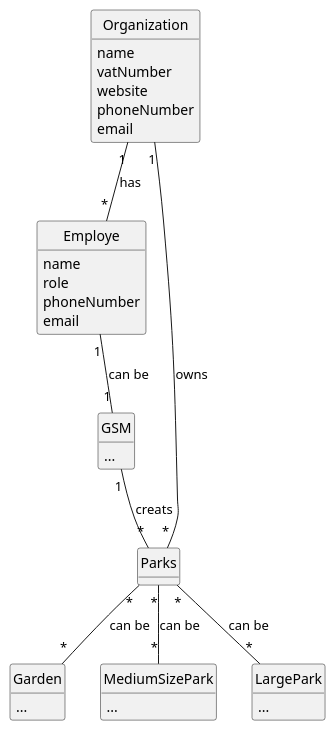
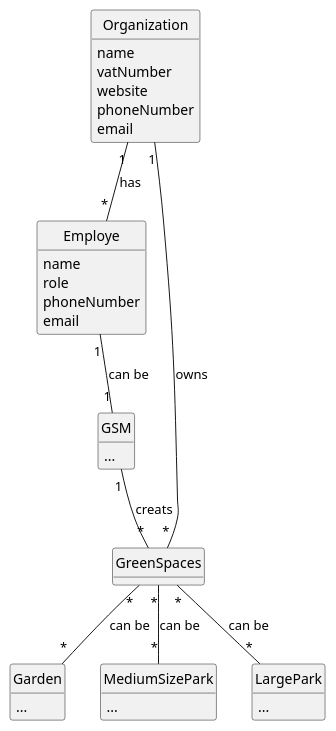
The diagram in docs/sprintC/us027/02.analysis/puml/us002-domain-model.puml (Departamento-de-Engenharia-Informatica/greenspace-management), drawn with PlantUML before and after one commit. The commit also changed 23 other files, not shown here.

```diff
--- a/docs/sprintC/us027/02.analysis/puml/us002-domain-model.puml
+++ b/docs/sprintC/us027/02.analysis/puml/us002-domain-model.puml
@@ -1,61 +1,61 @@
 @startuml
 skinparam monochrome true
 skinparam packageStyle rectangle
 skinparam shadowing false
 
 'left to right direction
 
 skinparam classAttributeIconSize 0
 
 hide circle
 hide methods
 
 'title Domain Model
 
 'class Platform {
 '  -description
 '}
 
 class Organization {
     name
     vatNumber
     website
     phoneNumber
     email
 }
 
 class Employe {
     name
     role
     phoneNumber
     email
 }
 
 class GSM {
     ...
 }
 class Garden {
     ...
 }
 
 class MediumSizePark {
     ...
 }
 
 class LargePark {
     ...
 }
 
-class Parks {
+class GreenSpaces {
 }
 
 Organization "1" -- "*" Employe : has
-Organization "1" -- "*" Parks : owns
+Organization "1" -- "*" GreenSpaces : owns
 Employe "1" -- "1" GSM : can be
-Parks "*" -- "*" Garden : can be
-Parks "*" -- "*" MediumSizePark : can be
-Parks "*" -- "*" LargePark : can be
-GSM "1" -- "*" Parks: creats
+GreenSpaces "*" -- "*" Garden : can be
+GreenSpaces "*" -- "*" MediumSizePark : can be
+GreenSpaces "*" -- "*" LargePark : can be
+GSM "1" -- "*" GreenSpaces: creats
 
 
 @enduml
```
